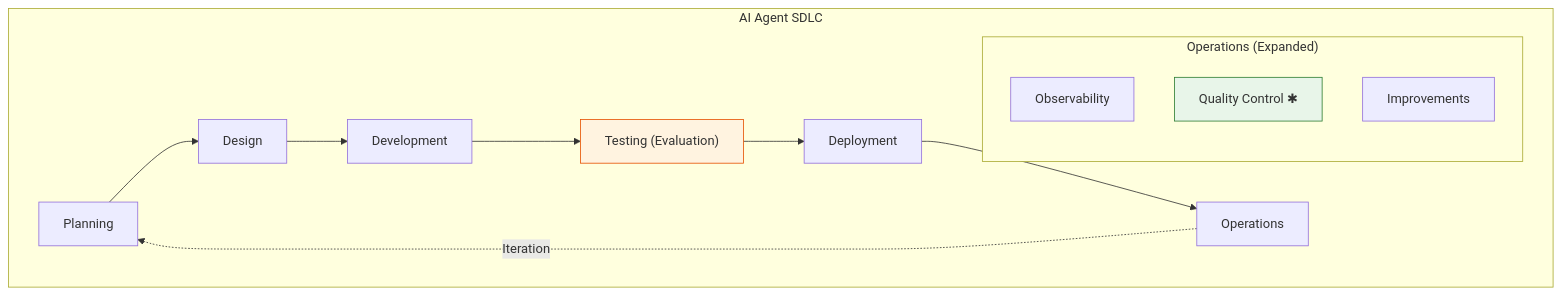
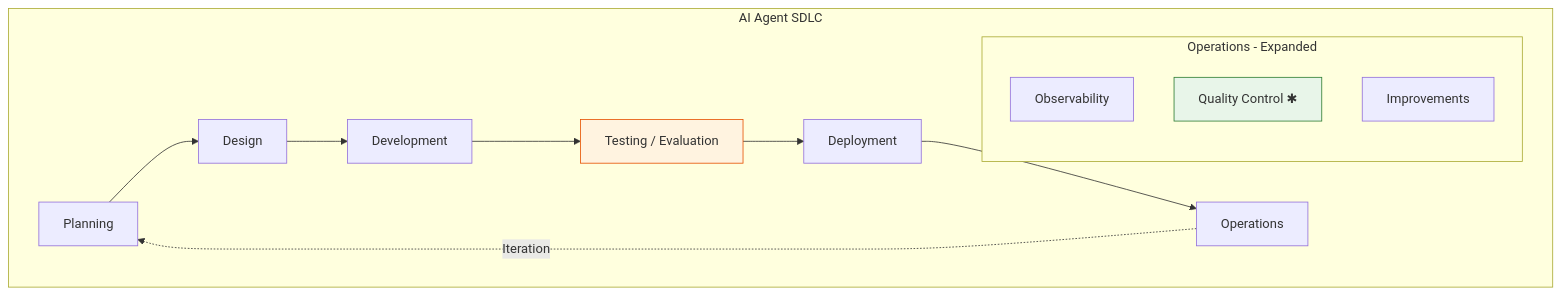
One commit to Ingeniator/ai-agent-sdlc-docs changed the third of 4 diagrams in README.md. Above: the diagram before and after it, drawn with Mermaid. The commit also changed other lines of this file and 4 other files, not shown here.

````diff
--- a/README.md
+++ b/README.md
@@ -51,17 +51,17 @@
 ```mermaid
 flowchart TB
     subgraph AI["AI Agent SDLC"]
         P2[Planning] --> D2[Design] --> DEV2[Development]
-        DEV2 --> T2["Testing (Evaluation)"] --> DEP2[Deployment] --> O2[Operations]
+        DEV2 --> T2["Testing / Evaluation"] --> DEP2[Deployment] --> O2[Operations]
         O2 -.->|Iteration| P2
 
-        subgraph ops2["Operations (Expanded)"]
+        subgraph ops2["Operations - Expanded"]
             O2a[Observability]
             O2b["Quality Control ✱"]
             O2c[Improvements]
         end
     end
 
     style T2 fill:#fff3e0,stroke:#e65100
     style O2b fill:#e8f5e9,stroke:#2e7d32
 ```
````
